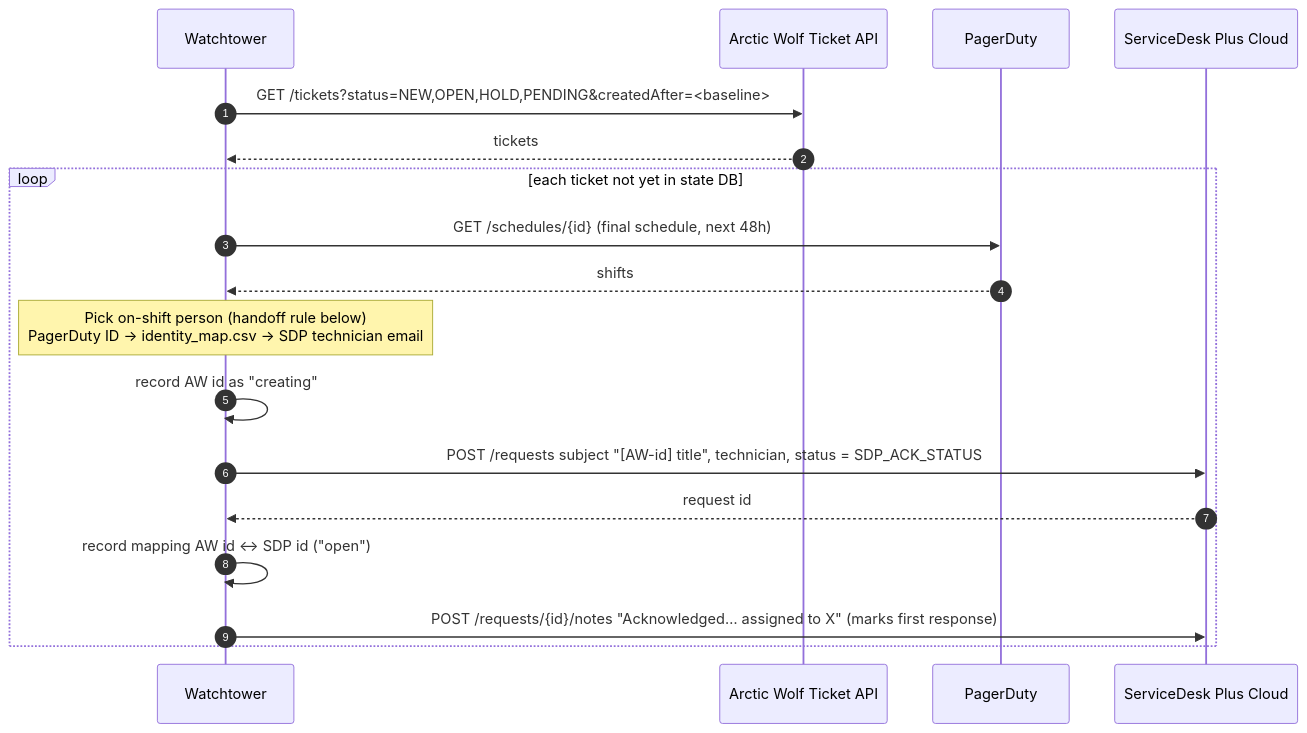
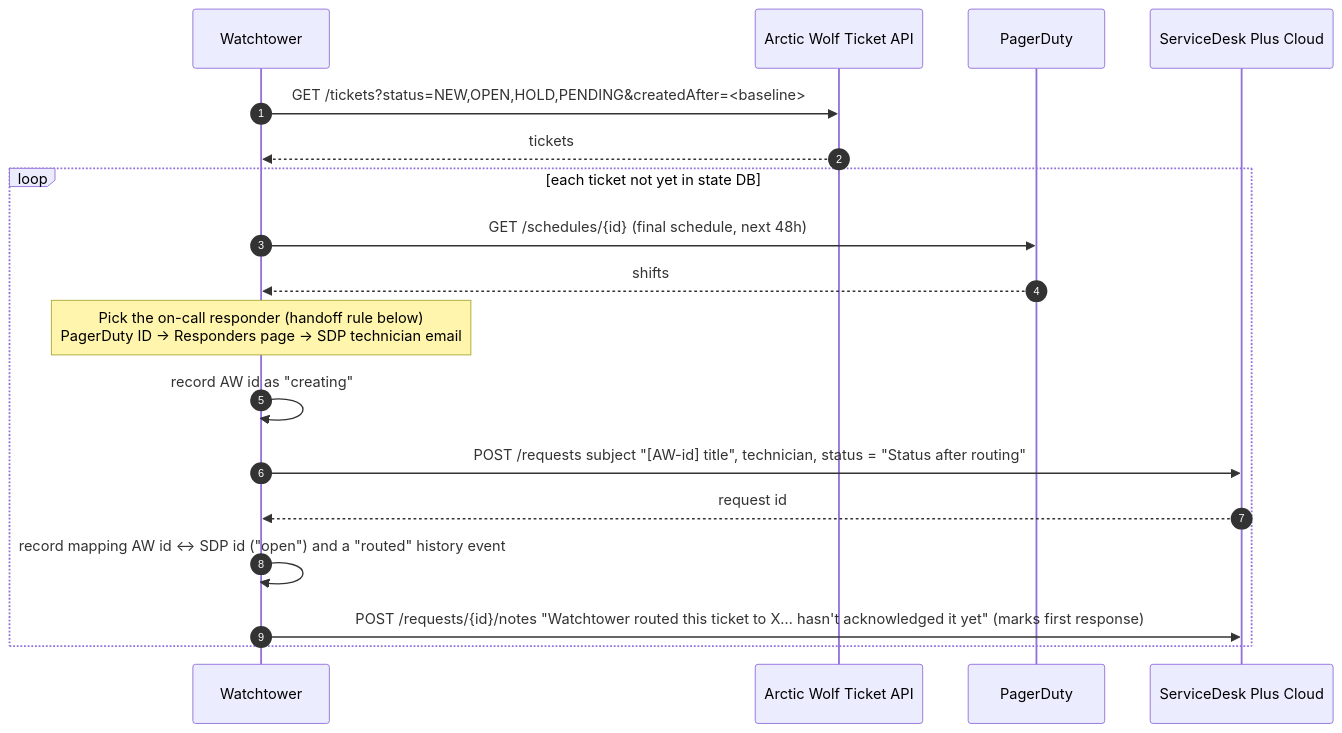
One commit to andrewlistdev/Watchtower changed the first of 4 diagrams in docs/flows.md. Above: the diagram before and after it, drawn with Mermaid. The commit also changed other lines of this file and 60 other files, not shown here.

````diff
--- a/docs/flows.md
+++ b/docs/flows.md
@@ -11,20 +11,20 @@
 ```mermaid
 sequenceDiagram
     autonumber
     participant S as Watchtower
     participant AW as Arctic Wolf Ticket API
     participant PD as PagerDuty
     participant SDP as ServiceDesk Plus Cloud
     S->>AW: GET /tickets?status=NEW,OPEN,HOLD,PENDING&createdAfter=<baseline>
     AW-->>S: tickets
     loop each ticket not yet in state DB
         S->>PD: GET /schedules/{id} (final schedule, next 48h)
         PD-->>S: shifts
-        Note over S: Pick on-shift person (handoff rule below)<br/>PagerDuty ID → identity_map.csv → SDP technician email
+        Note over S: Pick the on-call responder (handoff rule below)<br/>PagerDuty ID → Responders page → SDP technician email
         S->>S: record AW id as "creating"
-        S->>SDP: POST /requests  subject "[AW-id] title", technician, status = SDP_ACK_STATUS
+        S->>SDP: POST /requests  subject "[AW-id] title", technician, status = "Status after routing"
         SDP-->>S: request id
-        S->>S: record mapping AW id ↔ SDP id ("open")
-        S->>SDP: POST /requests/{id}/notes  "Acknowledged… assigned to X" (marks first response)
+        S->>S: record mapping AW id ↔ SDP id ("open") and a "routed" history event
+        S->>SDP: POST /requests/{id}/notes  "Watchtower routed this ticket to X… hasn't acknowledged it yet" (marks first response)
     end
 ```
````
